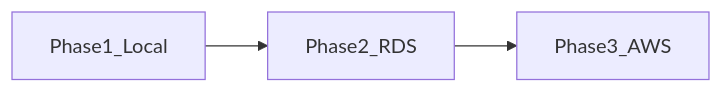
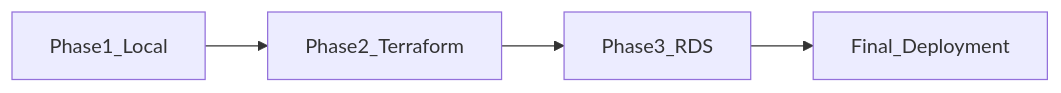
The diagram in PROJECT.md (Shaharmayster/Shahar_Daniel_AWSAPP), drawn with Mermaid before and after one commit. The commit also changed other lines of this file and 12 other files, not shown here.

First line of the commit message:
docs: sync README and push Phase 2 Terraform infrastructure

````diff
--- a/PROJECT.md
+++ b/PROJECT.md
@@ -263,5 +263,6 @@
 ```mermaid
 flowchart LR
-    Phase1[Phase1_Local] --> Phase2[Phase2_RDS]
-    Phase2 --> Phase3[Phase3_AWS]
+    Phase1[Phase1_Local] --> Phase2[Phase2_Terraform]
+    Phase2 --> Phase3[Phase3_RDS]
+    Phase3 --> FinalDeploy[Final_Deployment]
 ```
````
